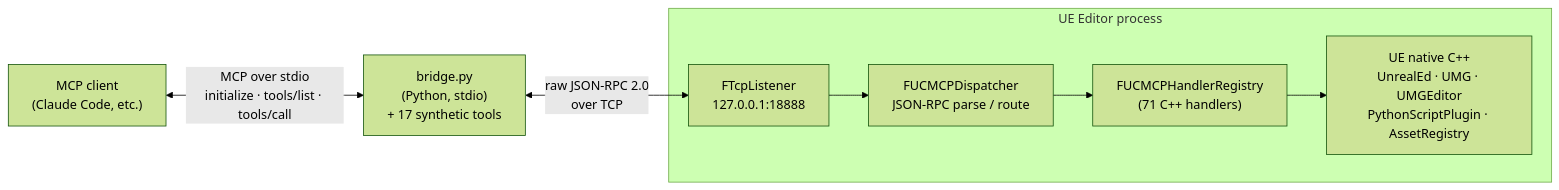
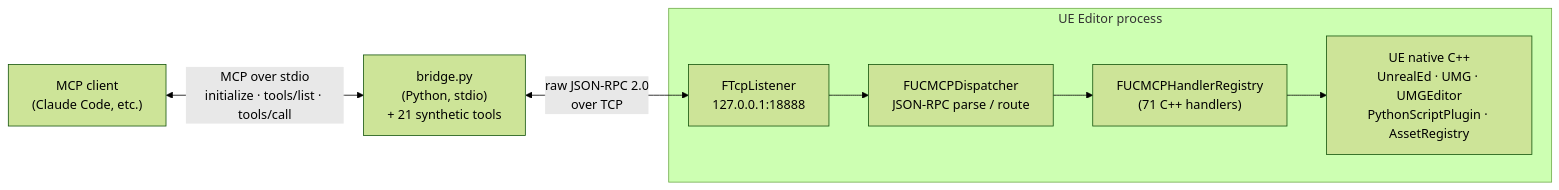
The first of 2 diagrams in docs/ARCHITECTURE.md (daveCode-dot/UnrealClaudeMCP), drawn with Mermaid (forest theme) before and after one commit. The commit also changed 12 other files, not shown here.

First line of the commit message:
feat(bridge): Wave B — 4 asset-hygiene synthetic tools (88 → 92) (#167)

````diff
--- a/docs/ARCHITECTURE.md
+++ b/docs/ARCHITECTURE.md
@@ -5,18 +5,18 @@
 ```mermaid
 flowchart LR
     Client["MCP client<br/>(Claude Code, etc.)"]
-    Bridge["bridge.py<br/>(Python, stdio)<br/>+ 17 synthetic tools"]
+    Bridge["bridge.py<br/>(Python, stdio)<br/>+ 21 synthetic tools"]
 
     subgraph UE["UE Editor process"]
         TCP["FTcpListener<br/>127.0.0.1:18888"]
         Disp["FUCMCPDispatcher<br/>JSON-RPC parse / route"]
         Reg["FUCMCPHandlerRegistry<br/>(71 C++ handlers)"]
         Native["UE native C++<br/>UnrealEd · UMG · UMGEditor<br/>PythonScriptPlugin · AssetRegistry"]
     end
 
     Client <-->|"MCP over stdio<br/>initialize · tools/list · tools/call"| Bridge
     Bridge <-->|"raw JSON-RPC 2.0<br/>over TCP"| TCP
     TCP --> Disp
     Disp --> Reg
     Reg --> Native
 ```
````
